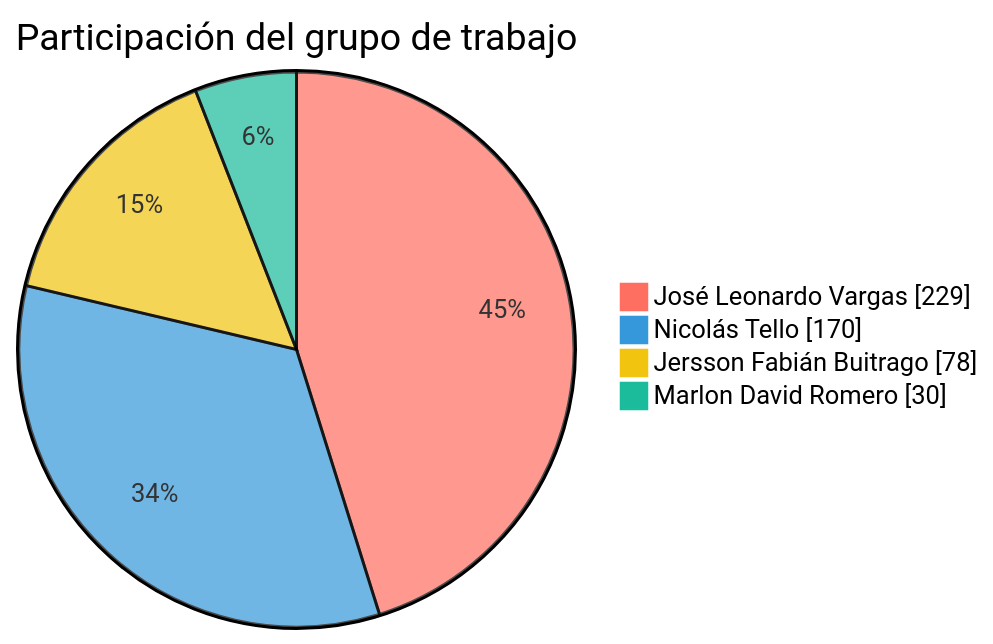
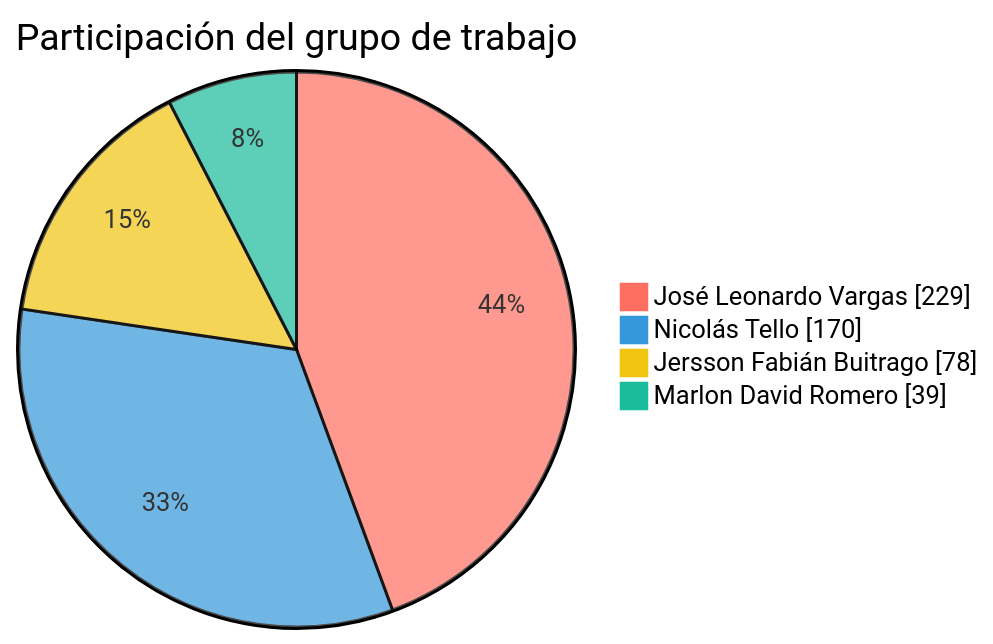
One commit to FarmaExpres/FarmaExpres changed the first of 2 diagrams in README.md. Above: the diagram before and after it, drawn with Mermaid. The commit also changed other lines of this file and 2 other files, not shown here.

````diff
--- a/README.md
+++ b/README.md
@@ -389,9 +389,9 @@
 ```mermaid
 %%{init: {"themeVariables": {"pie1": "#ff6f61", "pie2": "#3498db", "pie3": "#f1c40f", "pie4": "#1abc9c", "pieLabelColor": "#000000", "pieLabelFontSize": "24px", "pieLabelFontWeight": "700"}}}%%
 pie showData
     title Participación del grupo de trabajo
     "José Leonardo Vargas" : 229
     "Nicolás Tello" : 170
     "Jersson Fabián Buitrago" : 78
-    "Marlon David Romero" : 30
+    "Marlon David Romero" : 39
 ```
````
